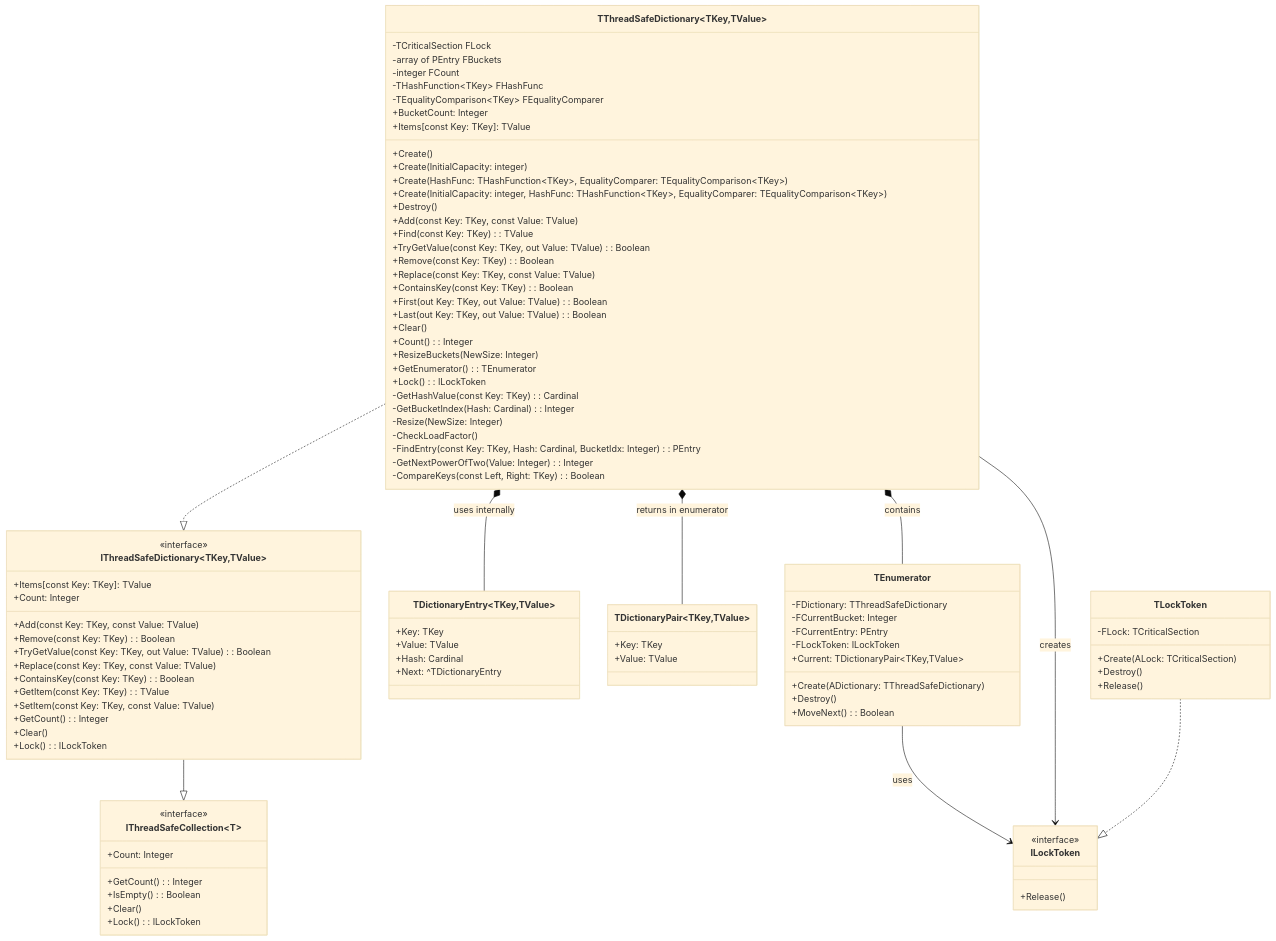
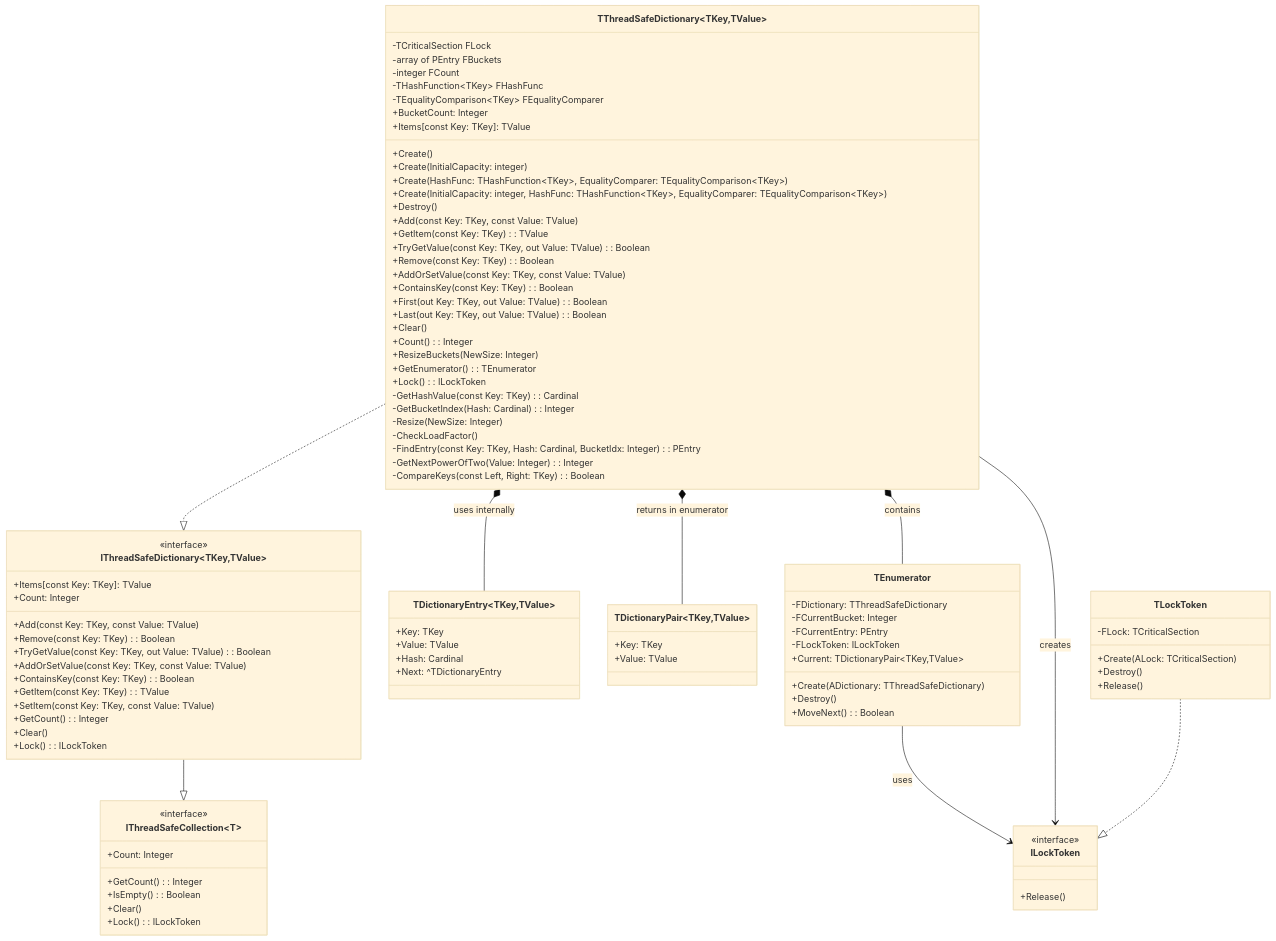
One commit to ikelaiah/threadsafecollections-fp changed the diagram in docs/ThreadSafeCollections.Dictionary.md. Above: the diagram before and after it, drawn with Mermaid (base theme). The commit also changed other lines of this file and 1 other file, not shown here.

```diff
--- a/docs/ThreadSafeCollections.Dictionary.md
+++ b/docs/ThreadSafeCollections.Dictionary.md
@@ -150,7 +150,7 @@
         +Add(const Key: TKey, const Value: TValue)
         +Remove(const Key: TKey): Boolean
         +TryGetValue(const Key: TKey, out Value: TValue): Boolean
-        +Replace(const Key: TKey, const Value: TValue)
+        +AddOrSetValue(const Key: TKey, const Value: TValue)
         +ContainsKey(const Key: TKey): Boolean
         +GetItem(const Key: TKey): TValue
         +SetItem(const Key: TKey, const Value: TValue)
@@ -173,10 +173,10 @@
         +Create(InitialCapacity: integer, HashFunc: THashFunction~TKey~, EqualityComparer: TEqualityComparison~TKey~)
         +Destroy()
         +Add(const Key: TKey, const Value: TValue)
-        +Find(const Key: TKey): TValue
+        +GetItem(const Key: TKey): TValue
         +TryGetValue(const Key: TKey, out Value: TValue): Boolean
         +Remove(const Key: TKey): Boolean
-        +Replace(const Key: TKey, const Value: TValue)
+        +AddOrSetValue(const Key: TKey, const Value: TValue)
         +ContainsKey(const Key: TKey): Boolean
         +First(out Key: TKey, out Value: TValue): Boolean
         +Last(out Key: TKey, out Value: TValue): Boolean
```
